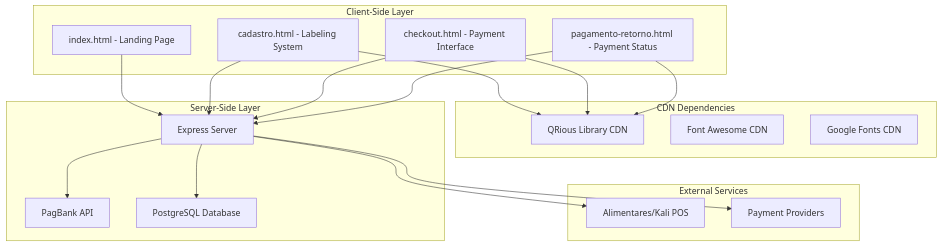
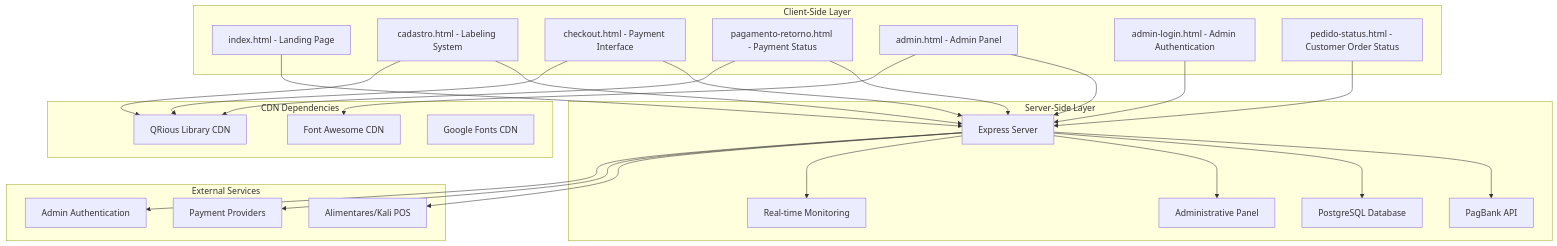
Before and after one commit to Alexandrexicara/qretiquetas.com: the first of 17 diagrams in .qoder/repowiki/en/content/Project Overview/Technical Architecture Overview.md, drawn with Mermaid. The commit also changed other lines of this file and 6 other files, not shown here.

````diff
--- a/.qoder/repowiki/en/content/Project Overview/Technical Architecture Overview.md
+++ b/.qoder/repowiki/en/content/Project Overview/Technical Architecture Overview.md
@@ -42,34 +56,47 @@
 ```mermaid
 graph TB
 subgraph "Client-Side Layer"
 A[index.html - Landing Page]
 B[cadastro.html - Labeling System]
 C[checkout.html - Payment Interface]
 D[pagamento-retorno.html - Payment Status]
+E[admin.html - Admin Panel]
+F[admin-login.html - Admin Authentication]
+G[pedido-status.html - Customer Order Status]
 end
 subgraph "CDN Dependencies"
-E[QRious Library CDN]
-F[Font Awesome CDN]
-G[Google Fonts CDN]
+H[QRious Library CDN]
+I[Font Awesome CDN]
+J[Google Fonts CDN]
 end
 subgraph "Server-Side Layer"
-H[Express Server]
-I[PagBank API]
-J[PostgreSQL Database]
+K[Express Server]
+L[PagBank API]
+M[PostgreSQL Database]
+N[Administrative Panel]
+O[Real-time Monitoring]
 end
 subgraph "External Services"
-K[Alimentares/Kali POS]
-L[Payment Providers]
+P[Alimentares/Kali POS]
+Q[Payment Providers]
+R[Admin Authentication]
 end
-A --> H
+A --> K
+B --> K
+C --> K
+D --> K
+E --> K
+F --> K
+G --> K
 B --> H
 C --> H
 D --> H
-B --> E
-C --> E
-D --> E
-H --> I
-H --> J
-H --> K
-H --> L
+E --> I
+K --> L
+K --> M
+K --> N
+K --> O
+K --> P
+K --> Q
+K --> R
 ```
````
